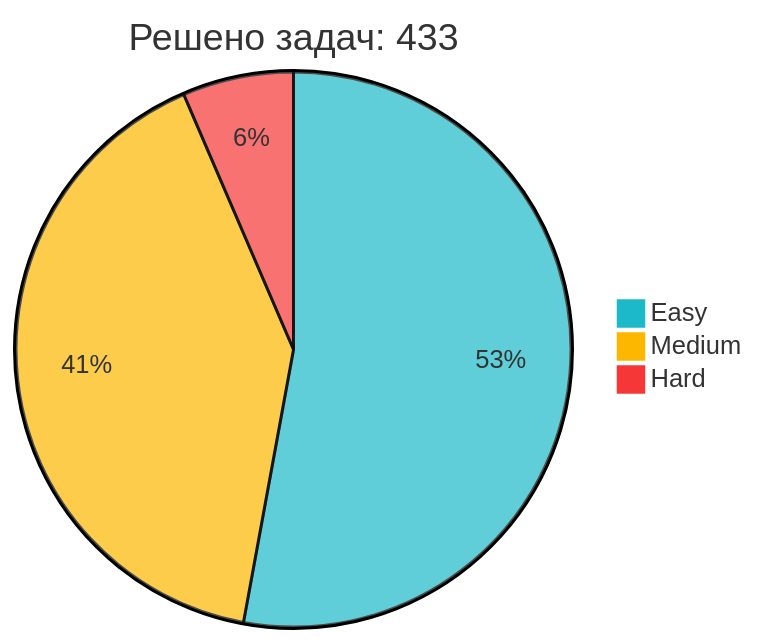
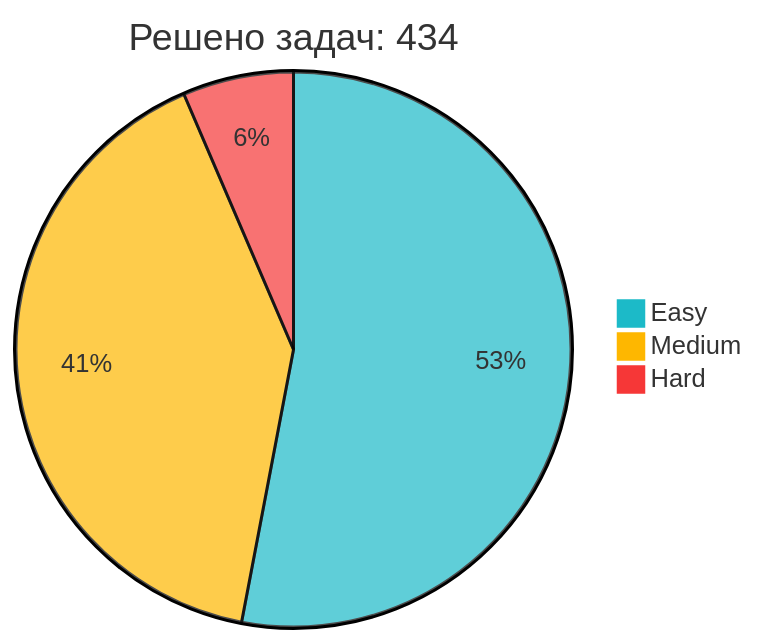
One commit to IliaKurdukov/IliaKurdukov changed the diagram in README.md. Above: the diagram before and after it, drawn with Mermaid. The commit also changed other lines of this file, not shown here.

Commit message:
📈 Обновление статистики LeetCode

````diff
--- a/README.md
+++ b/README.md
@@ -51,7 +51,7 @@
 ```mermaid
 %%{init: {'theme': 'base', 'themeVariables': { 'pie1': '#1CBAC8', 'pie2': '#FEB700', 'pie3': '#F63737' }, 'config': {'width': 300, 'height': 200}}}%%
-pie title Решено задач: 433
-   "Easy" : 229
+pie title Решено задач: 434
+   "Easy" : 230
    "Medium" : 176
    "Hard" : 28
 ```
````
